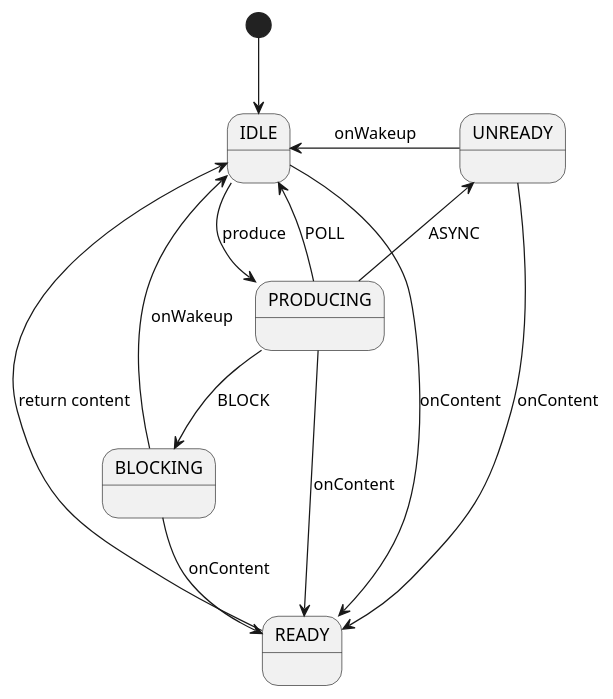
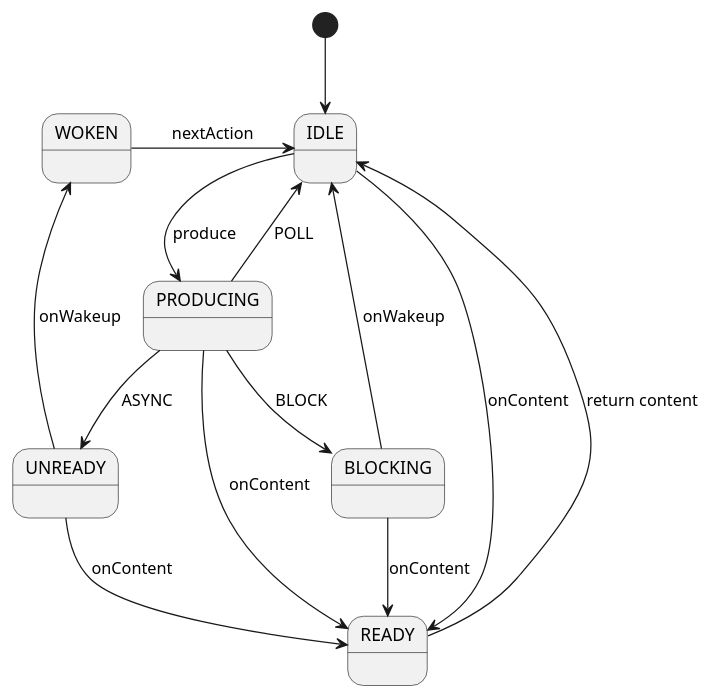
One commit to yangdy-buji/jetty.project changed the diagram in jetty-server/src/main/java/org/eclipse/jetty/server/HttpInputState.puml. Above: the diagram before and after it, drawn with PlantUML. The commit also changed 9 other files, not shown here.

```diff
--- a/jetty-server/src/main/java/org/eclipse/jetty/server/HttpInputState.puml
+++ b/jetty-server/src/main/java/org/eclipse/jetty/server/HttpInputState.puml
@@ -1,29 +1,30 @@
 @startuml
 
 
 IDLE:
 PRODUCING:
 BLOCKING:
 UNREADY:
+WOKEN:
 READY:
 
 
 [*] --> IDLE
 
 IDLE --> PRODUCING : produce
 
 PRODUCING --> READY : onContent
 BLOCKING --> READY : onContent
 UNREADY --> READY : onContent
 IDLE --> READY : onContent
 
 BLOCKING -up-> IDLE : onWakeup
-UNREADY -left-> IDLE : onWakeup
+UNREADY -up-> WOKEN : onWakeup
+WOKEN -right->IDLE : nextAction
 
-
-PRODUCING -left-> IDLE : POLL
+PRODUCING -up-> IDLE : POLL
 PRODUCING --> BLOCKING : BLOCK
-PRODUCING -left-> UNREADY : ASYNC
+PRODUCING --> UNREADY : ASYNC
 
 READY -up-> IDLE : return content
 @enduml
```
